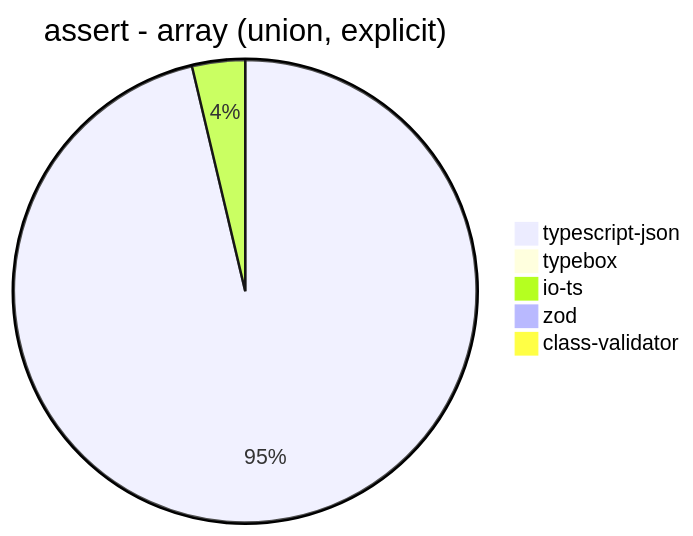
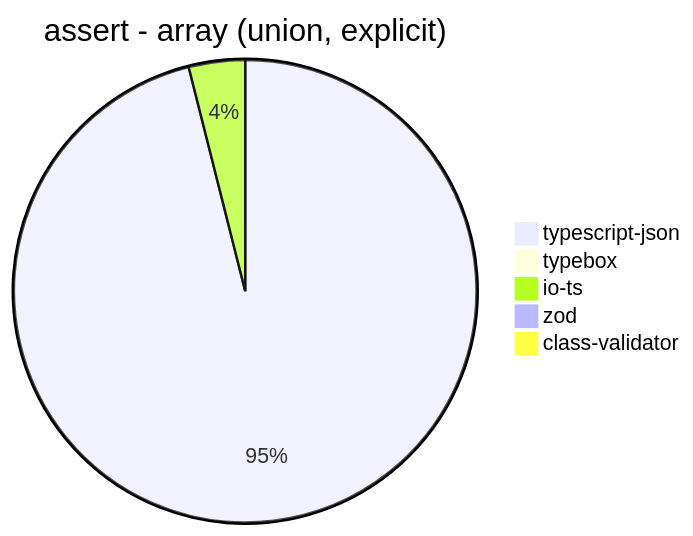
One commit to samchon/typia changed diagram 14 of 39 in benchmark/results/AMD Ryzen 9 5900HX with Radeon Graphics.md. Above: the diagram before and after it, drawn with Mermaid. The commit also changed other lines of this file and 3 other files, not shown here.

````diff
--- a/benchmark/results/AMD Ryzen 9 5900HX with Radeon Graphics.md
+++ b/benchmark/results/AMD Ryzen 9 5900HX with Radeon Graphics.md
@@ -176,8 +176,8 @@
 ```mermaid
 pie title assert - array (union, explicit)
-  "typescript-json": 2311.2826166850423
-  "typebox": 20.596962820736604
-  "io-ts": 88.85597926693816
-  "zod": 2.97785222408338
-  "class-validator": 7.978241160471442
+  "typescript-json": 2168.768011527378
+  "typebox": 21.892527591821963
+  "io-ts": 88.83575501195511
+  "zod": 3.0205776854823485
+  "class-validator": 8.170245107353221
 ```
````
